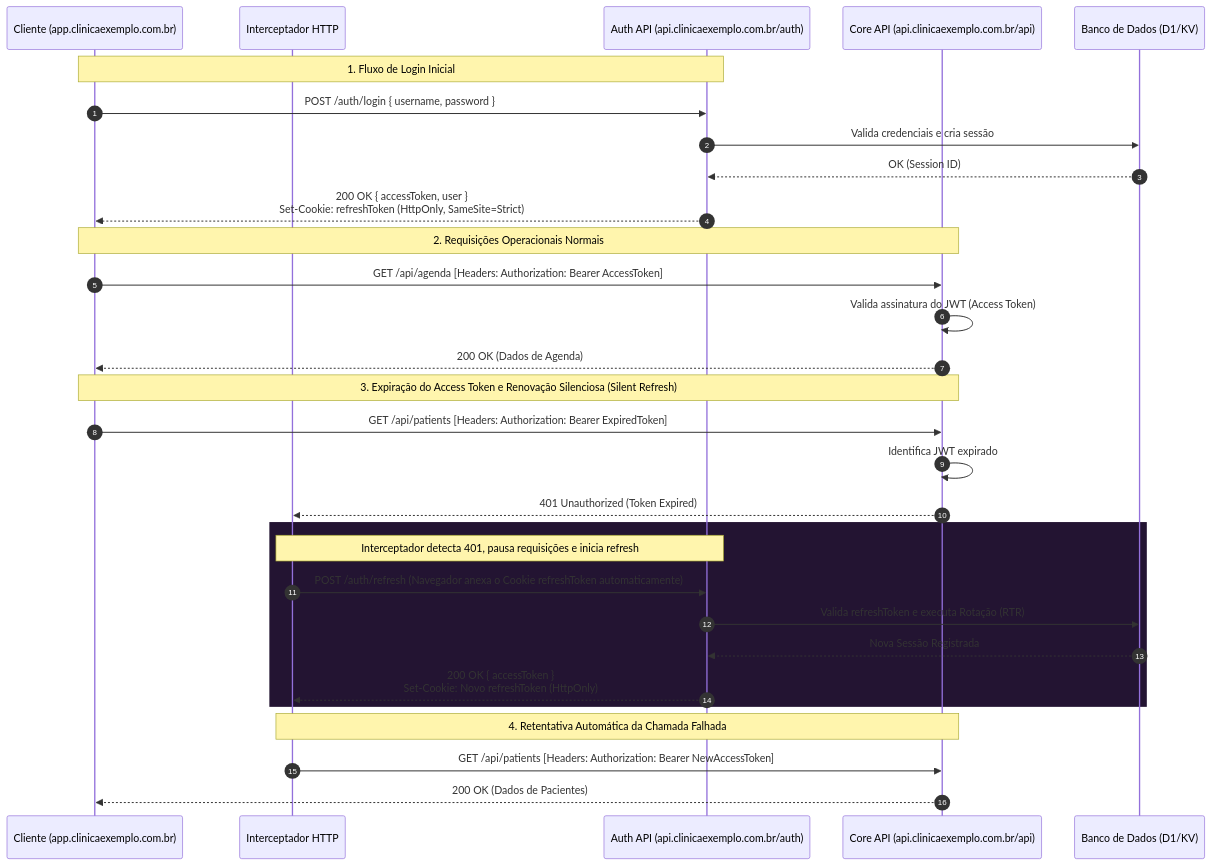
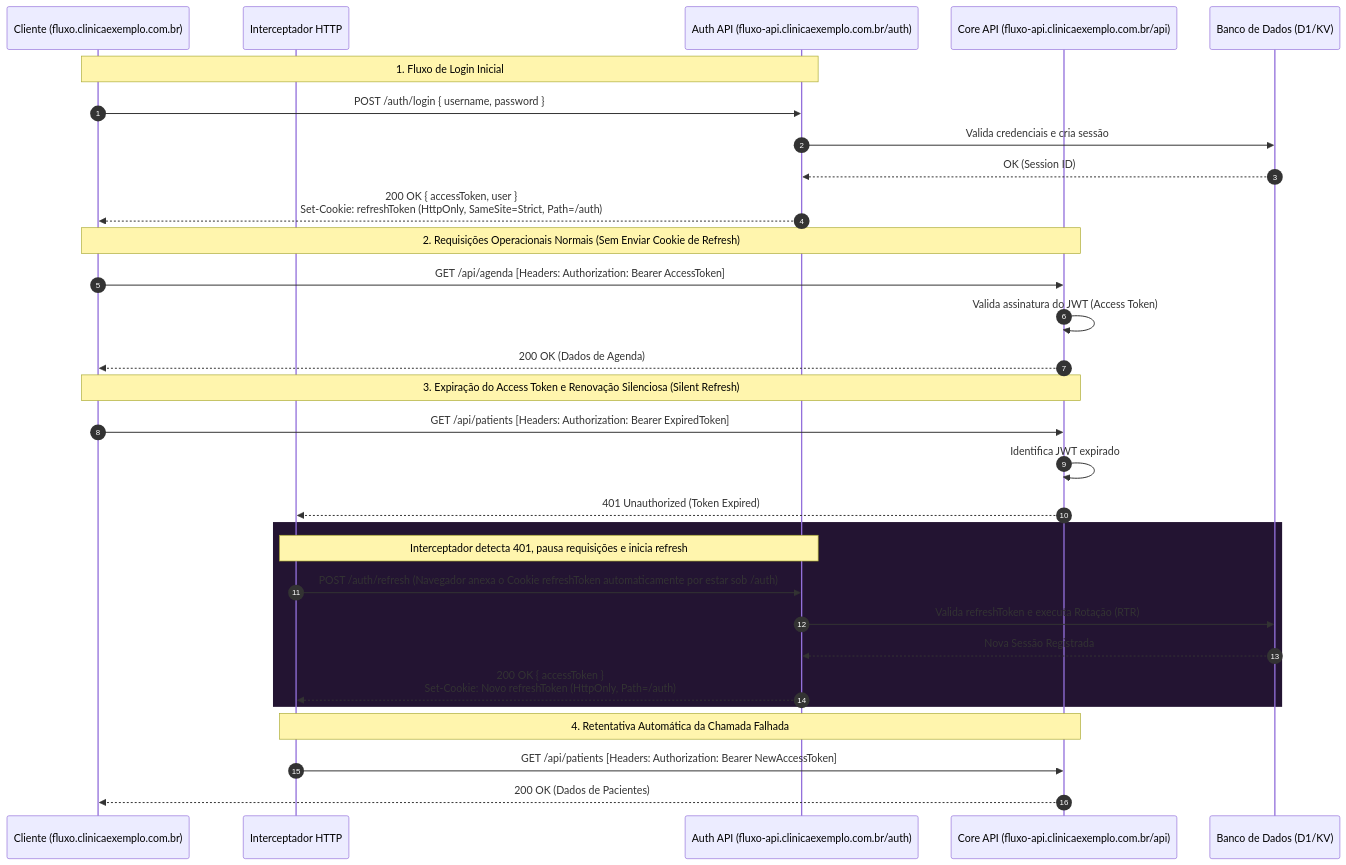
The diagram in apps/internal-docs/src/content/docs/seguranca-auth.mdx (lumenpink/aura), drawn with Mermaid before and after one commit. The commit also changed other lines of this file and 90 other files, not shown here.

````diff
--- a/apps/internal-docs/src/content/docs/seguranca-auth.mdx
+++ b/apps/internal-docs/src/content/docs/seguranca-auth.mdx
@@ -33,37 +52,37 @@
 ```mermaid
 sequenceDiagram
     autonumber
-    participant Client as Cliente (app.clinicaexemplo.com.br)
+    participant Client as Cliente (fluxo.clinicaexemplo.com.br)
     participant Interceptor as Interceptador HTTP
-    participant AuthAPI as Auth API (api.clinicaexemplo.com.br/auth)
-    participant CoreAPI as Core API (api.clinicaexemplo.com.br/api)
+    participant AuthAPI as Auth API (fluxo-api.clinicaexemplo.com.br/auth)
+    participant CoreAPI as Core API (fluxo-api.clinicaexemplo.com.br/api)
     participant D1 as Banco de Dados (D1/KV)
 
     Note over Client, AuthAPI: 1. Fluxo de Login Inicial
     Client->>AuthAPI: POST /auth/login { username, password }
     AuthAPI->>D1: Valida credenciais e cria sessão
     D1-->>AuthAPI: OK (Session ID)
-    AuthAPI-->>Client: 200 OK { accessToken, user }<br/>Set-Cookie: refreshToken (HttpOnly, SameSite=Strict)
+    AuthAPI-->>Client: 200 OK { accessToken, user }<br/>Set-Cookie: refreshToken (HttpOnly, SameSite=Strict, Path=/auth)
 
-    Note over Client, CoreAPI: 2. Requisições Operacionais Normais
+    Note over Client, CoreAPI: 2. Requisições Operacionais Normais (Sem Enviar Cookie de Refresh)
     Client->>CoreAPI: GET /api/agenda [Headers: Authorization: Bearer AccessToken]
     CoreAPI->>CoreAPI: Valida assinatura do JWT (Access Token)
     CoreAPI-->>Client: 200 OK (Dados de Agenda)
 
     Note over Client, CoreAPI: 3. Expiração do Access Token e Renovação Silenciosa (Silent Refresh)
     Client->>CoreAPI: GET /api/patients [Headers: Authorization: Bearer ExpiredToken]
     CoreAPI->>CoreAPI: Identifica JWT expirado
     CoreAPI-->>Interceptor: 401 Unauthorized (Token Expired)
 
     rect rgb(35, 20, 50)
         Note over Interceptor, AuthAPI: Interceptador detecta 401, pausa requisições e inicia refresh
-        Interceptor->>AuthAPI: POST /auth/refresh (Navegador anexa o Cookie refreshToken automaticamente)
+        Interceptor->>AuthAPI: POST /auth/refresh (Navegador anexa o Cookie refreshToken automaticamente por estar sob /auth)
         AuthAPI->>D1: Valida refreshToken e executa Rotação (RTR)
         D1-->>AuthAPI: Nova Sessão Registrada
-        AuthAPI-->>Interceptor: 200 OK { accessToken }<br/>Set-Cookie: Novo refreshToken (HttpOnly)
+        AuthAPI-->>Interceptor: 200 OK { accessToken }<br/>Set-Cookie: Novo refreshToken (HttpOnly, Path=/auth)
     end
 
     Note over Interceptor, CoreAPI: 4. Retentativa Automática da Chamada Falhada
     Interceptor->>CoreAPI: GET /api/patients [Headers: Authorization: Bearer NewAccessToken]
     CoreAPI-->>Client: 200 OK (Dados de Pacientes)
 ```
````
